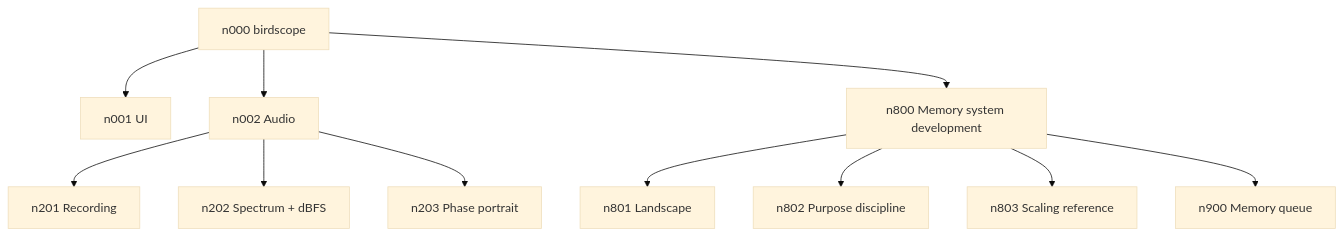
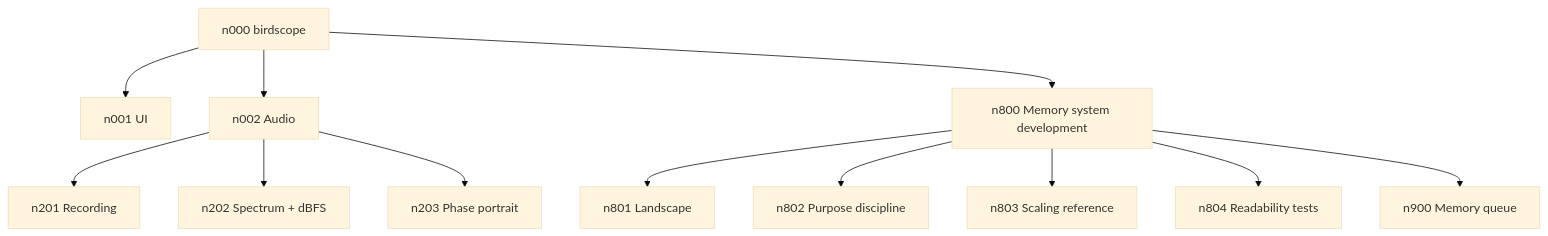
The diagram in memory/overview.md (iamweasel89/birdscope), drawn with Mermaid (base theme) before and after one commit. The commit also changed other lines of this file and 3 other files, not shown here.

Commit message:
memory: n804 readability tests; README explicitly defers feature state to memory/

````diff
--- a/memory/overview.md
+++ b/memory/overview.md
@@ -9,25 +9,27 @@
 ```mermaid
 graph TD
     n000[n000 birdscope]
     n001[n001 UI]
     n002[n002 Audio]
     n800[n800 Memory system development]
     n201[n201 Recording]
     n202[n202 Spectrum + dBFS]
     n203[n203 Phase portrait]
     n801[n801 Landscape]
     n802[n802 Purpose discipline]
     n803[n803 Scaling reference]
+    n804[n804 Readability tests]
     n900[n900 Memory queue]
 
     n000 --> n001
     n000 --> n002
     n000 --> n800
     n002 --> n201
     n002 --> n202
     n002 --> n203
     n800 --> n801
     n800 --> n802
     n800 --> n803
+    n800 --> n804
     n800 --> n900
 ```
````
